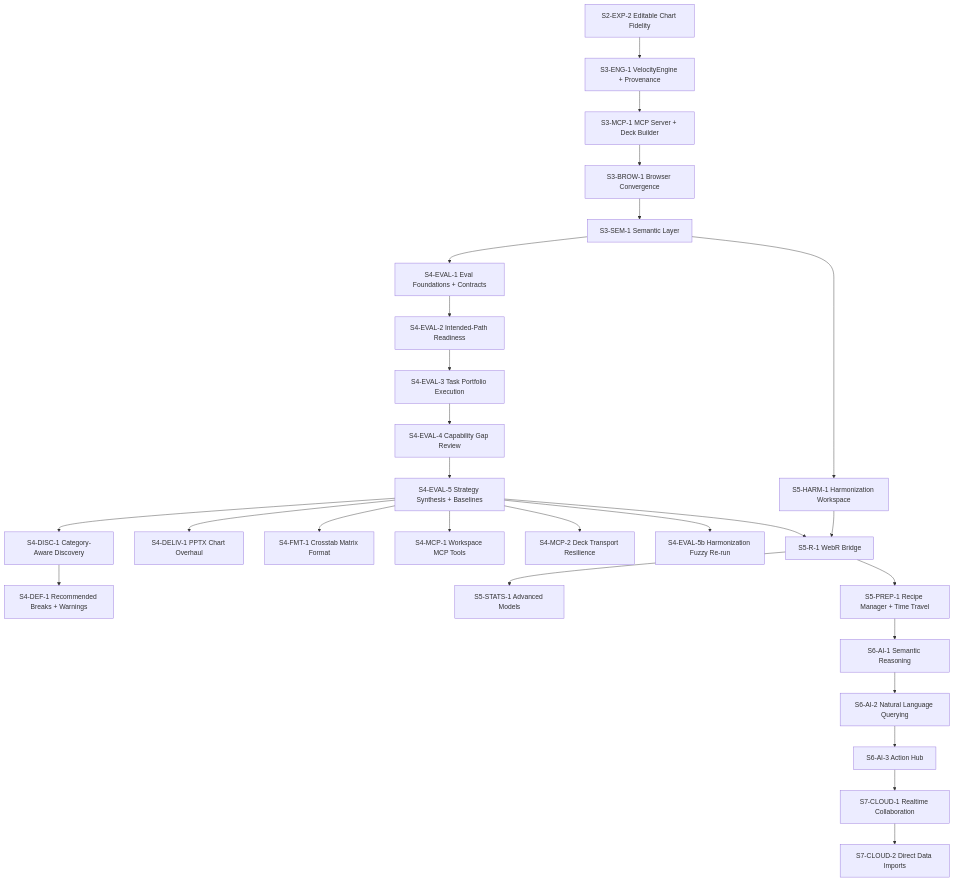
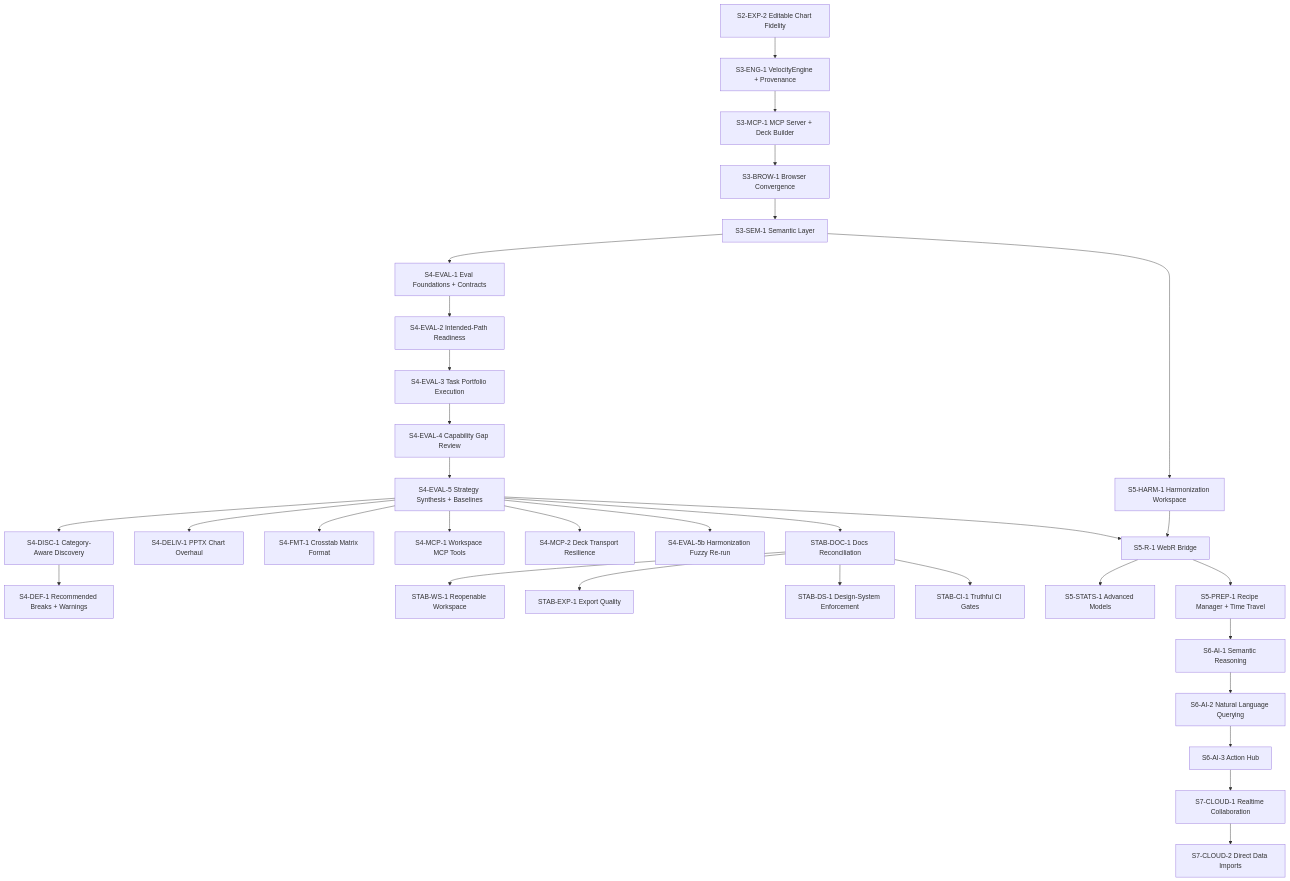
The diagram in docs/tracker_00_implementation_status.md (cbrown564-alt/Velocity), drawn with Mermaid before and after one commit. The commit also changed other lines of this file and 47 other files, not shown here.

````diff
--- a/docs/tracker_00_implementation_status.md
+++ b/docs/tracker_00_implementation_status.md
@@ -33,34 +34,40 @@
 ```mermaid
 graph TD
   S2EXP2["S2-EXP-2 Editable Chart Fidelity"] --> S3ENG1["S3-ENG-1 VelocityEngine + Provenance"]
   S3ENG1 --> S3MCP1["S3-MCP-1 MCP Server + Deck Builder"]
   S3MCP1 --> S3BROW1["S3-BROW-1 Browser Convergence"]
   S3BROW1 --> S3SEM1["S3-SEM-1 Semantic Layer"]
 
   S3SEM1 --> S4EVAL1["S4-EVAL-1 Eval Foundations + Contracts"]
   S4EVAL1 --> S4EVAL2["S4-EVAL-2 Intended-Path Readiness"]
   S4EVAL2 --> S4EVAL3["S4-EVAL-3 Task Portfolio Execution"]
   S4EVAL3 --> S4EVAL4["S4-EVAL-4 Capability Gap Review"]
   S4EVAL4 --> S4EVAL5["S4-EVAL-5 Strategy Synthesis + Baselines"]
 
   S4EVAL5 --> S4DISC1["S4-DISC-1 Category-Aware Discovery"]
   S4EVAL5 --> S4DELIV1["S4-DELIV-1 PPTX Chart Overhaul"]
   S4EVAL5 --> S4FMT1["S4-FMT-1 Crosstab Matrix Format"]
   S4EVAL5 --> S4MCP1["S4-MCP-1 Workspace MCP Tools"]
   S4EVAL5 --> S4MCP2["S4-MCP-2 Deck Transport Resilience"]
   S4EVAL5 --> S4EVAL5b["S4-EVAL-5b Harmonization Fuzzy Re-run"]
   S4DISC1 --> S4DEF1["S4-DEF-1 Recommended Breaks + Warnings"]
 
+  S4EVAL5 --> STABDOC1["STAB-DOC-1 Docs Reconciliation"]
+  STABDOC1 --> STABWS1["STAB-WS-1 Reopenable Workspace"]
+  STABDOC1 --> STABEXP1["STAB-EXP-1 Export Quality"]
+  STABDOC1 --> STABDS1["STAB-DS-1 Design-System Enforcement"]
+  STABDOC1 --> STABCI1["STAB-CI-1 Truthful CI Gates"]
+
   S3SEM1 --> S5HARM1["S5-HARM-1 Harmonization Workspace"]
   S5HARM1 --> S5R1["S5-R-1 WebR Bridge"]
   S4EVAL5 --> S5R1
   S5R1 --> S5STATS1["S5-STATS-1 Advanced Models"]
   S5R1 --> S5PREP1["S5-PREP-1 Recipe Manager + Time Travel"]
 
   S5PREP1 --> S6AI1["S6-AI-1 Semantic Reasoning"]
   S6AI1 --> S6AI2["S6-AI-2 Natural Language Querying"]
   S6AI2 --> S6AI3["S6-AI-3 Action Hub"]
 
   S6AI3 --> S7CLOUD1["S7-CLOUD-1 Realtime Collaboration"]
   S7CLOUD1 --> S7CLOUD2["S7-CLOUD-2 Direct Data Imports"]
 ```
````
